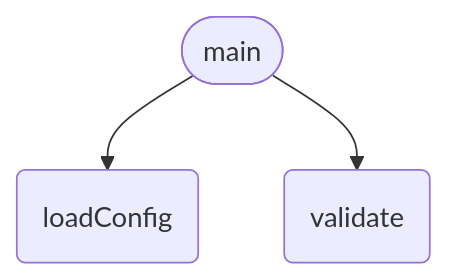
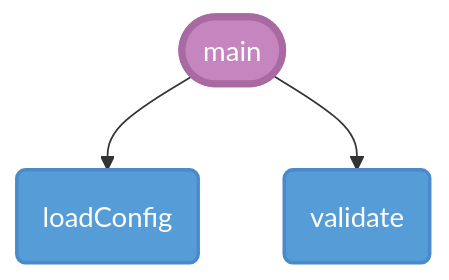
One commit to peterfei/aicode2flow changed the fourth of 6 diagrams in README.md. Above: the diagram before and after it, drawn with Mermaid. The commit also changed other lines of this file and 1 other file, not shown here.

````diff
--- a/README.md
+++ b/README.md
@@ -108,9 +108,14 @@
 ```mermaid
-%%init: {'theme':'dark', 'themeVariables': { 'primaryColor': '#569cd6' }}
+%%init: {'theme':'dark', 'themeVariables': { 'primaryColor': '#569cd6', 'primaryTextColor': '#fff', 'primaryBorderColor': '#4a8acb', 'lineColor': '#808080', 'secondaryColor': '#4ec9b0', 'tertiaryColor': '#dcdcaa', 'background': '#1e1e1e', 'fontSize': '14px' }}
 flowchart TD
+
   main([main])
+  style main fill:#c586c0,stroke:#a969a3,stroke-width:4px,color:#fff
   loadConfig("loadConfig")
+  style loadConfig fill:#569cd6,stroke:#4a8acb,stroke-width:2px,color:#fff
   validate("validate")
+  style validate fill:#569cd6,stroke:#4a8acb,stroke-width:2px,color:#fff
+
   main --> loadConfig
   main --> validate
 ```
````
